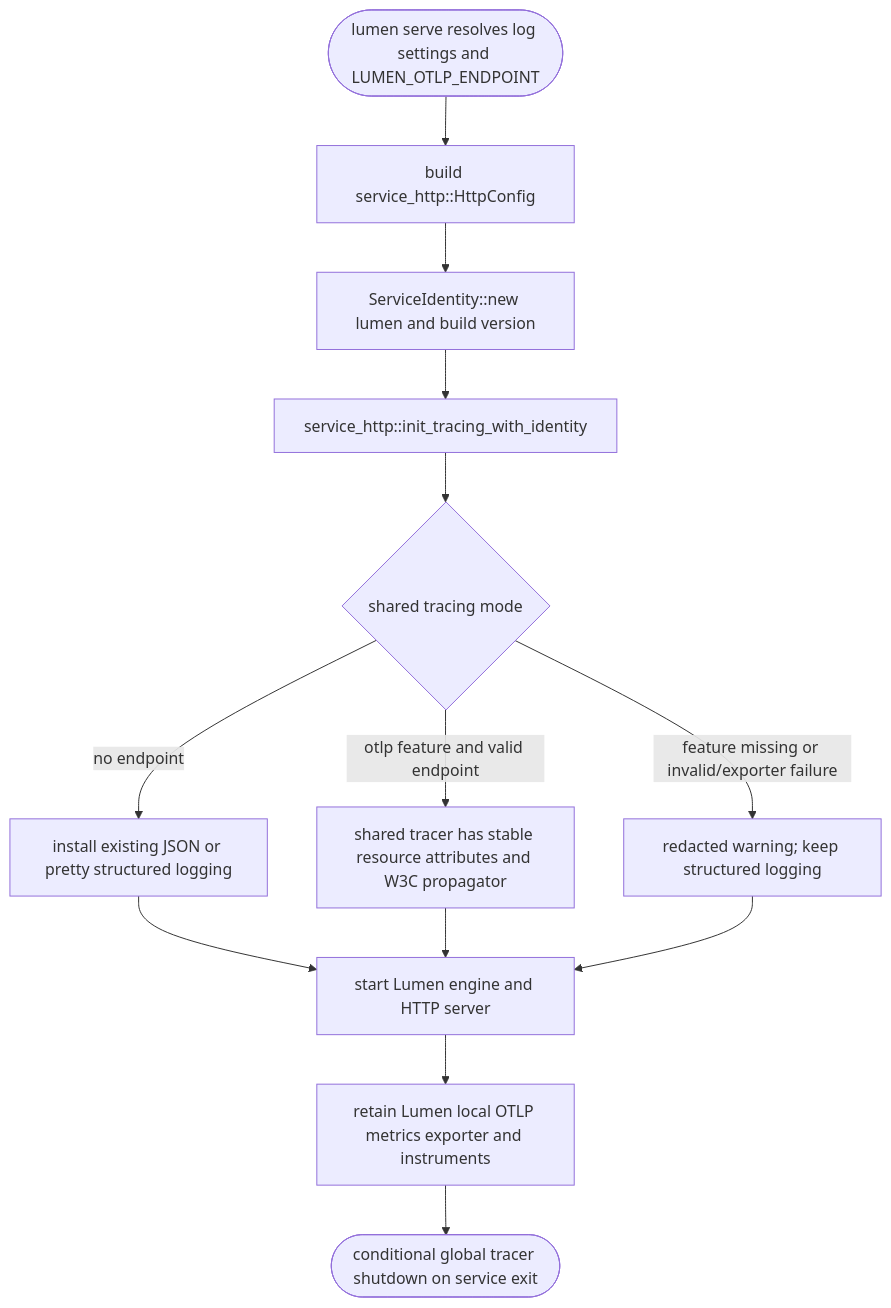
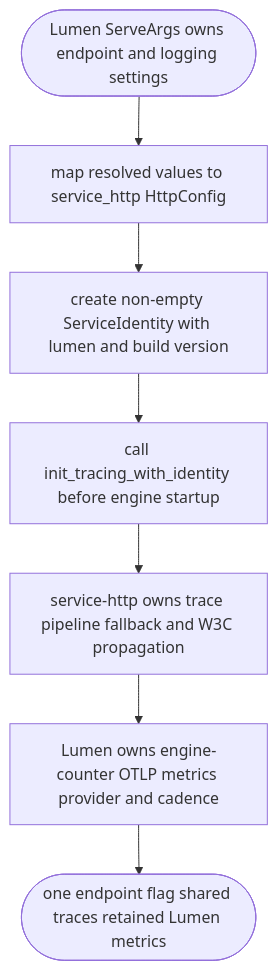
The first of 2 diagrams in apps/lumen/tech-design/logic/adopt-shared-service-http-otlp-tracing.md (chrischeng-c4/axiom), drawn with Mermaid before and after one commit. The commit also changed other lines of this file, not shown here.

Commit message:
td(1661) — contract section: logic
Lifecycle-Slug: 1661
Work-Item: 1661
Lifecycle-Stage: Td-Section
Lifecycle-Phase: td_contract_in_progress
Lifecycle-Pass: contract
TD-Section: logic
Previous-Phase: td_applicability_created
Next-Phase: td_contract_in_progress
Next-Command: aw td create

````diff
--- a/apps/lumen/tech-design/logic/adopt-shared-service-http-otlp-tracing.md
+++ b/apps/lumen/tech-design/logic/adopt-shared-service-http-otlp-tracing.md
@@ -10,44 +10,28 @@
 ```mermaid
 ---
-id: lumen-adopt-shared-otlp-tracing
-entry: start
+id: lumen-shared-otlp-contract
+entry: config
 nodes:
-  start: { kind: start, label: "lumen serve resolves log settings and LUMEN_OTLP_ENDPOINT" }
-  config: { kind: process, label: "build service_http::HttpConfig" }
-  identity: { kind: process, label: "ServiceIdentity::new(lumen, CARGO_PKG_VERSION)" }
-  init: { kind: process, label: "service_http::init_tracing_with_identity" }
-  mode: { kind: decision, label: "shared tracing mode" }
-  logging: { kind: process, label: "install existing JSON or pretty structured logging" }
-  exporter: { kind: process, label: "shared tracer has stable resource attributes and W3C propagator" }
-  fallback: { kind: process, label: "redacted warning; keep structured logging" }
-  engine: { kind: process, label: "start Lumen engine and HTTP server" }
-  metrics: { kind: process, label: "retain Lumen local OTLP metrics exporter and instruments" }
-  shutdown: { kind: terminal, label: "conditional global tracer shutdown on service exit" }
+  config: { kind: start, label: "Lumen ServeArgs owns LUMEN_OTLP_ENDPOINT, log level, and log format" }
+  http_config: { kind: process, label: "map resolved values to service_http::HttpConfig" }
+  identity: { kind: process, label: "create non-empty ServiceIdentity lumen plus build version" }
+  shared: { kind: process, label: "call init_tracing_with_identity before engine startup" }
+  trace_boundary: { kind: process, label: "service-http owns OTLP trace pipeline, fallback, and W3C propagation" }
+  metrics_boundary: { kind: process, label: "Lumen owns engine-counter OTLP metrics provider and cadence" }
+  contract: { kind: terminal, label: "one endpoint flag, shared traces, retained Lumen metrics" }
 edges:
-  - { from: start, to: config }
-  - { from: config, to: identity }
-  - { from: identity, to: init }
-  - { from: init, to: mode }
-  - { from: mode, to: logging, label: "no endpoint" }
-  - { from: mode, to: exporter, label: "otlp feature and valid endpoint" }
-  - { from: mode, to: fallback, label: "feature missing or invalid/exporter failure" }
-  - { from: logging, to: engine }
-  - { from: exporter, to: engine }
-  - { from: fallback, to: engine }
-  - { from: engine, to: metrics }
-  - { from: metrics, to: shutdown }
+  - { from: config, to: http_config }
+  - { from: http_config, to: identity }
+  - { from: identity, to: shared }
+  - { from: shared, to: trace_boundary }
+  - { from: trace_boundary, to: metrics_boundary }
+  - { from: metrics_boundary, to: contract }
 ---
 flowchart TD
-    start([lumen serve resolves log settings and LUMEN_OTLP_ENDPOINT]) --> config[build service_http::HttpConfig]
-    config --> identity[ServiceIdentity::new lumen and build version]
-    identity --> init[service_http::init_tracing_with_identity]
-    init --> mode{shared tracing mode}
-    mode -->|no endpoint| logging[install existing JSON or pretty structured logging]
-    mode -->|otlp feature and valid endpoint| exporter[shared tracer has stable resource attributes and W3C propagator]
-    mode -->|feature missing or invalid/exporter failure| fallback[redacted warning; keep structured logging]
-    logging --> engine[start Lumen engine and HTTP server]
-    exporter --> engine
-    fallback --> engine
-    engine --> metrics[retain Lumen local OTLP metrics exporter and instruments]
-    metrics --> shutdown([conditional global tracer shutdown on service exit])
+    config([Lumen ServeArgs owns endpoint and logging settings]) --> http_config[map resolved values to service_http HttpConfig]
+    http_config --> identity[create non-empty ServiceIdentity with lumen and build version]
+    identity --> shared[call init_tracing_with_identity before engine startup]
+    shared --> trace_boundary[service-http owns trace pipeline fallback and W3C propagation]
+    trace_boundary --> metrics_boundary[Lumen owns engine-counter OTLP metrics provider and cadence]
+    metrics_boundary --> contract([one endpoint flag shared traces retained Lumen metrics])
 ```
````
